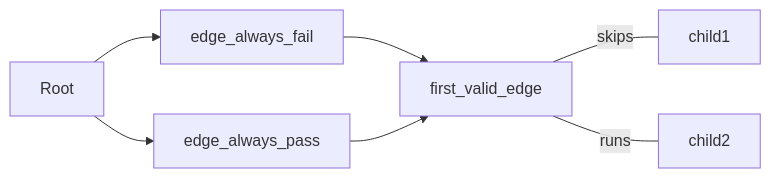
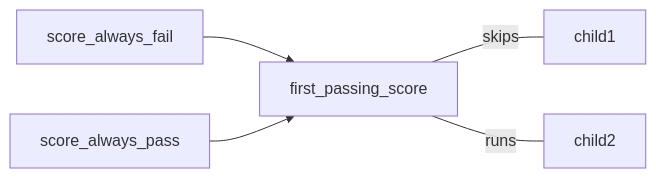
Before and after one commit to mrchantey/forky: the first of 2 diagrams in docs/src/gamai/selectors.md, drawn with Mermaid. The commit also changed other lines of this file and 3 other files, not shown here.

````diff
--- a/docs/src/gamai/selectors.md
+++ b/docs/src/gamai/selectors.md
@@ -53,16 +48,14 @@
 ```mermaid
+
 graph LR;
-	root --> edgeA
-	root --> edgeB
 	edgeA --> selector;
 	edgeB --> selector;
 	selector -- skips --- nodeA;
 	selector -- runs --- nodeB;
 
-	root[Root]
-	selector[first_valid_edge]
-	edgeA[edge_always_fail]
-	edgeB[edge_always_pass]
+	selector[first_passing_score]
+	edgeA[score_always_fail]
+	edgeB[score_always_pass]
 	nodeA[child1]
 	nodeB[child2]
 ```
````
